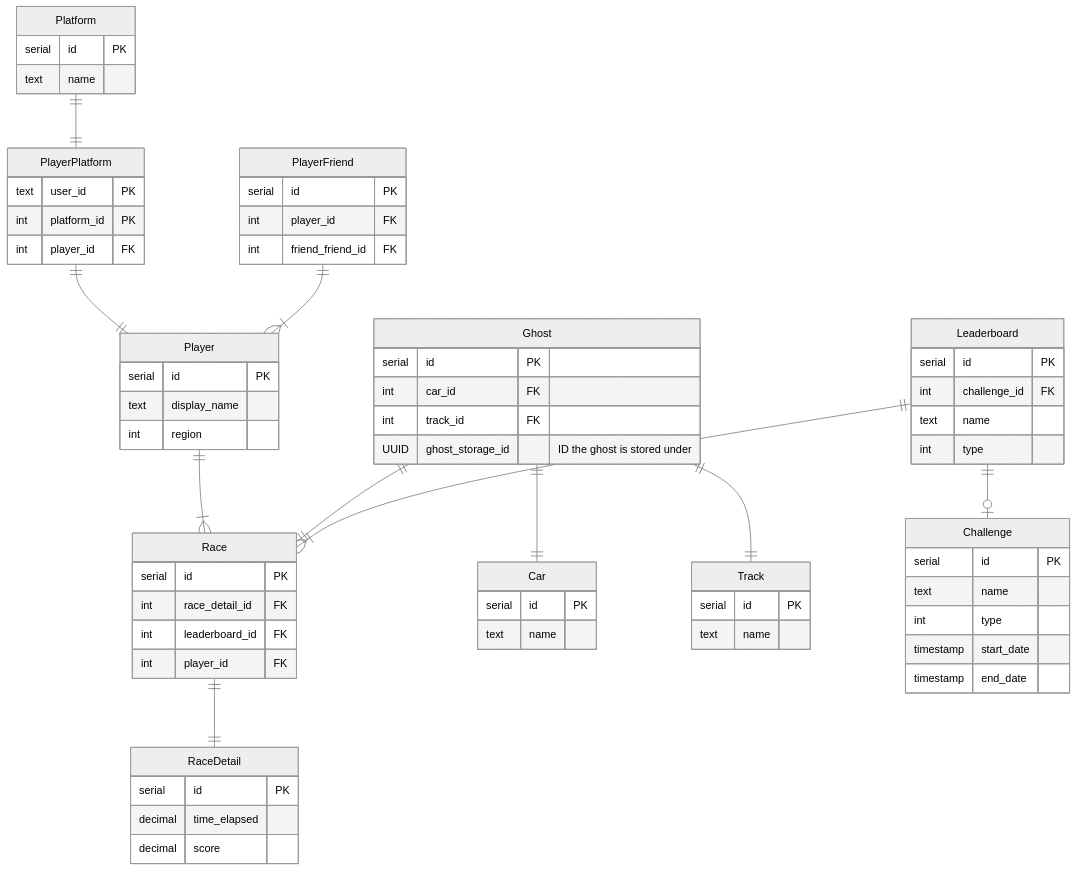
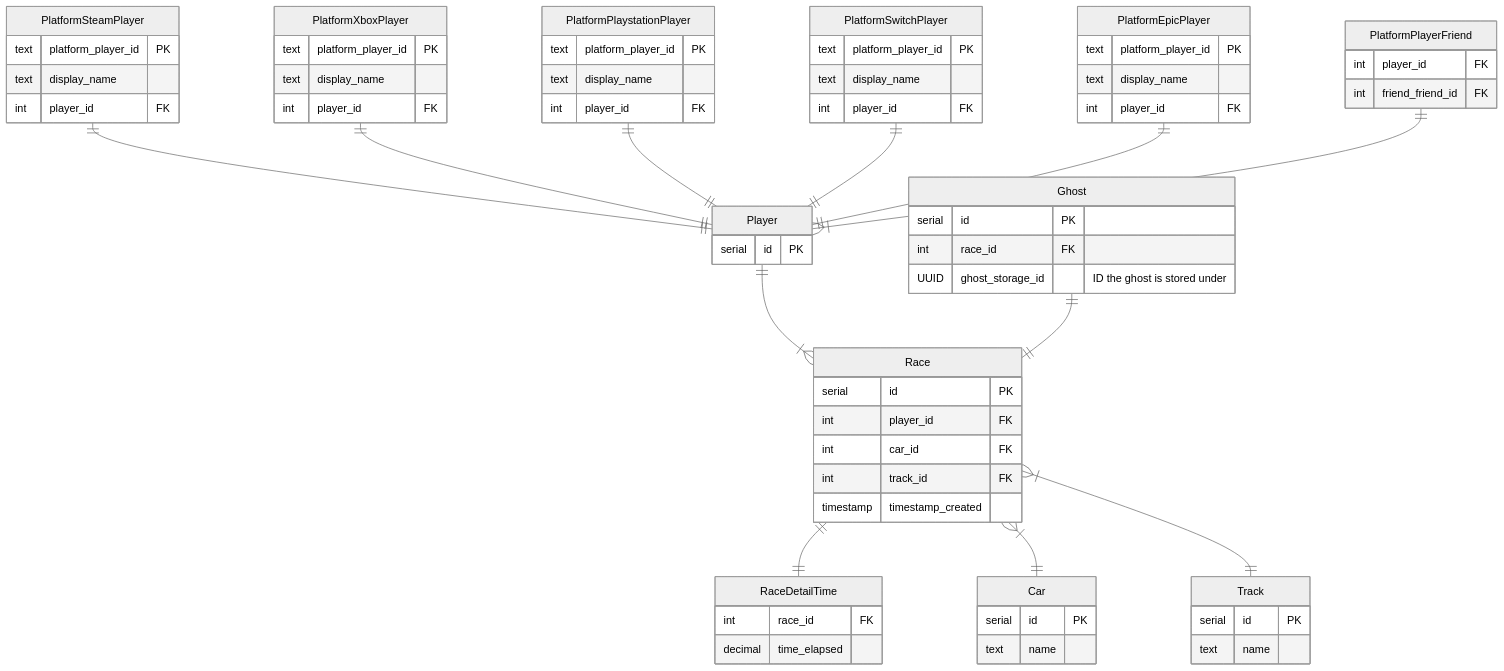
The second of 2 diagrams in README.md (rick-0/MegaLeaderboard), drawn with Mermaid before and after one commit.

````diff
--- a/README.md
+++ b/README.md
@@ -74,72 +74,72 @@
 ``` mermaid
 %%{init: {'theme':'neutral'}}%%
 erDiagram
-    PlayerPlatform ||--|| Player : ""
-    Platform ||--|| PlayerPlatform : ""
-    PlayerFriend ||--|{ Player : ""
+    PlatformSteamPlayer ||--|| Player : ""
+    PlatformXboxPlayer ||--|| Player : ""
+    PlatformPlaystationPlayer ||--|| Player : ""
+    PlatformSwitchPlayer ||--|| Player : ""
+    PlatformEpicPlayer ||--|| Player : ""
+    PlatformPlayerFriend ||--|{ Player : ""
     Player ||--|{ Race : ""
     Ghost ||--|| Race : ""
-    Race ||--|| RaceDetail : ""
-    Ghost ||--|| Car : ""
-    Ghost ||--|| Track : ""
-    Leaderboard ||--|{ Race : ""
-    Leaderboard ||--o| Challenge : ""
+    Race ||--|| RaceDetailTime : ""
+    Race }|--|| Car : ""
+    Race }|--|| Track : ""
 
     Player {
         serial id PK
-        text display_name
-	    int region
     }
-    PlayerPlatform {
-        text user_id PK
-        int platform_id PK
-        int player_id FK
-    }
-    Platform {
-        serial id PK
-        text name
-    }
-    PlayerFriend {
-        serial id PK
+    PlatformPlayerFriend {
         int player_id FK
         int friend_friend_id FK
     }
-    Ghost {
-        serial id PK
-        int car_id FK
-        int track_id FK
-        UUID ghost_storage_id "ID the ghost is stored under"
+    PlatformSteamPlayer {
+        text platform_player_id PK
+        text display_name
+	    int player_id FK
     }
-    RaceDetail {
-        serial id PK
-        decimal time_elapsed
-        decimal score
+    PlatformXboxPlayer {
+        text platform_player_id PK
+        text display_name
+	    int player_id FK
+    }
+    PlatformPlaystationPlayer {
+        text platform_player_id PK
+        text display_name
+	    int player_id FK
+    }
+    PlatformSwitchPlayer {
+        text platform_player_id PK
+        text display_name
+	    int player_id FK
+    }
+    PlatformEpicPlayer {
+        text platform_player_id PK
+        text display_name
+	    int player_id FK
     }
     Race {
         serial id PK
-        int race_detail_id FK
-        int leaderboard_id FK
         int player_id FK
+        int car_id FK
+        int track_id FK
+        timestamp timestamp_created
+    }
+    RaceDetailTime {
+        int race_id FK
+        decimal time_elapsed
+    }
+    Ghost {
+        serial id PK
+        int race_id FK
+        UUID ghost_storage_id "ID the ghost is stored under"
     }
     Car {
         serial id PK
         text name
     }
     Track {
         serial id PK
         text name
     }
-    Leaderboard {
-        serial id PK
-        int challenge_id FK
-        text name
-        int type
-    }
-    Challenge {
-        serial id PK
-        text name
-        int type
-        timestamp start_date
-        timestamp end_date
-    }
 ```
````
